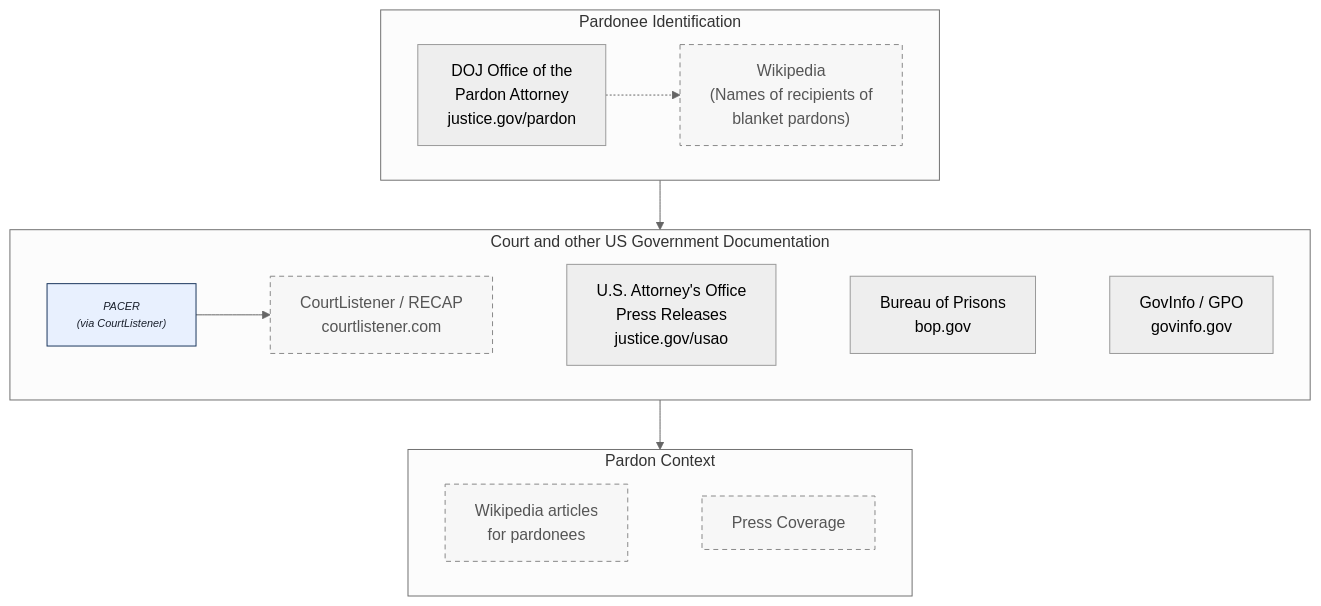
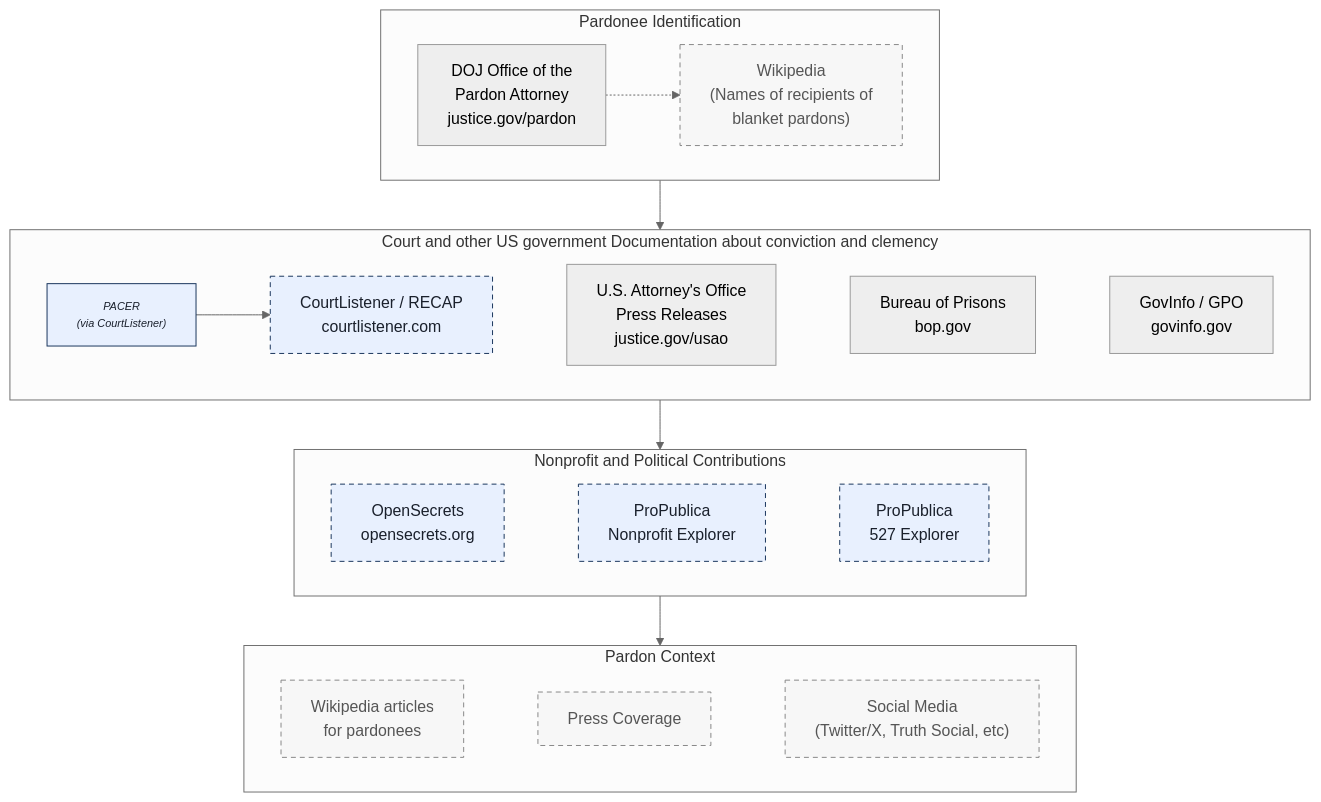
Before and after one commit to pardonpedia/pardonpedia: the diagram in content/methodology.md, drawn with Mermaid (neutral theme). The commit also changed other lines of this file and 1 other file, not shown here.

````diff
--- a/content/methodology.md
+++ b/content/methodology.md
@@ -16,33 +16,45 @@
 ```mermaid
 flowchart TB
     subgraph discovery [Pardonee Identification]
         direction LR
         DOJ["DOJ Office of the\nPardon Attorney\njustice.gov/pardon"] -.-> WIKI["Wikipedia\n(Names of recipients of\n blanket pardons)"]
     end
-    subgraph usGovDocs [Court and other US Government Documentation]
+    subgraph usGovDocs [Court and other US government Documentation about conviction and clemency]
         direction LR
         PACER["PACER\n(via CourtListener)"] --> CL["CourtListener / RECAP\ncourtlistener.com"] ~~~ USAO["U.S. Attorney's Office\nPress Releases\njustice.gov/usao"] ~~~ BOP["Bureau of Prisons\nbop.gov"] ~~~ GOVINFO["GovInfo / GPO\ngovinfo.gov"]
     end
+    subgraph nonprofit [Nonprofit and Political Contributions]
+        direction LR
+        OPENSECRETS["OpenSecrets\nopensecrets.org"] ~~~ PROPUBLICA["ProPublica\nNonprofit Explorer"] ~~~ PROPUBLICA527["ProPublica\n527 Explorer"]
+    end
     subgraph context [Pardon Context]
         direction LR
-        WIKIPEDIA["Wikipedia articles\n for pardonees"] ~~~ PRESS["Press Coverage"]
+        WIKIPEDIA["Wikipedia articles\n for pardonees"] ~~~ PRESS["Press Coverage"] ~~~ SOCIAL["Social Media\n(Twitter/X, Truth Social, etc)"]
     end
 
     discovery --> usGovDocs
-    usGovDocs --> context
+    usGovDocs --> nonprofit
+    nonprofit --> context
 
     click DOJ "https://www.justice.gov/pardon/clemency-recipients" _blank
     click WIKI "https://en.wikipedia.org/wiki/List_of_people_pardoned_or_granted_clemency_by_the_president_of_the_United_States" _blank
     click PACER "https://pacer.uscourts.gov" _blank
     click CL "https://www.courtlistener.com" _blank
     click USAO "https://www.justice.gov/usao/pressreleases" _blank
     click BOP "https://www.bop.gov/inmateloc/" _blank
     click GOVINFO "https://www.govinfo.gov" _blank
     click WIKIPEDIA "https://en.wikipedia.org" _blank
+    click SOCIAL "https://truthsocial.com" _blank
+    click OPENSECRETS "https://www.opensecrets.org" _blank
+    click PROPUBLICA "https://projects.propublica.org/nonprofits/" _blank
+    click PROPUBLICA527 "https://projects.propublica.org/527-explorer/" _blank
 
     classDef secondary fill:#f7f7f7,stroke:#888,stroke-dasharray:5 4,color:#555
-    class WIKI,WIKIPEDIA,PRESS,CL secondary
+    class WIKI,WIKIPEDIA,PRESS,SOCIAL secondary
+
+    classDef derived fill:#e8f0fe,stroke:#1a365d,stroke-dasharray:5 4,color:#1a202c
+    class CL,OPENSECRETS,PROPUBLICA,PROPUBLICA527 derived
 
     classDef tertiary fill:#e8f0fe,stroke:#1a365d,color:#1a202c,font-size:11px,font-style:italic
     class PACER tertiary
 ```
````
